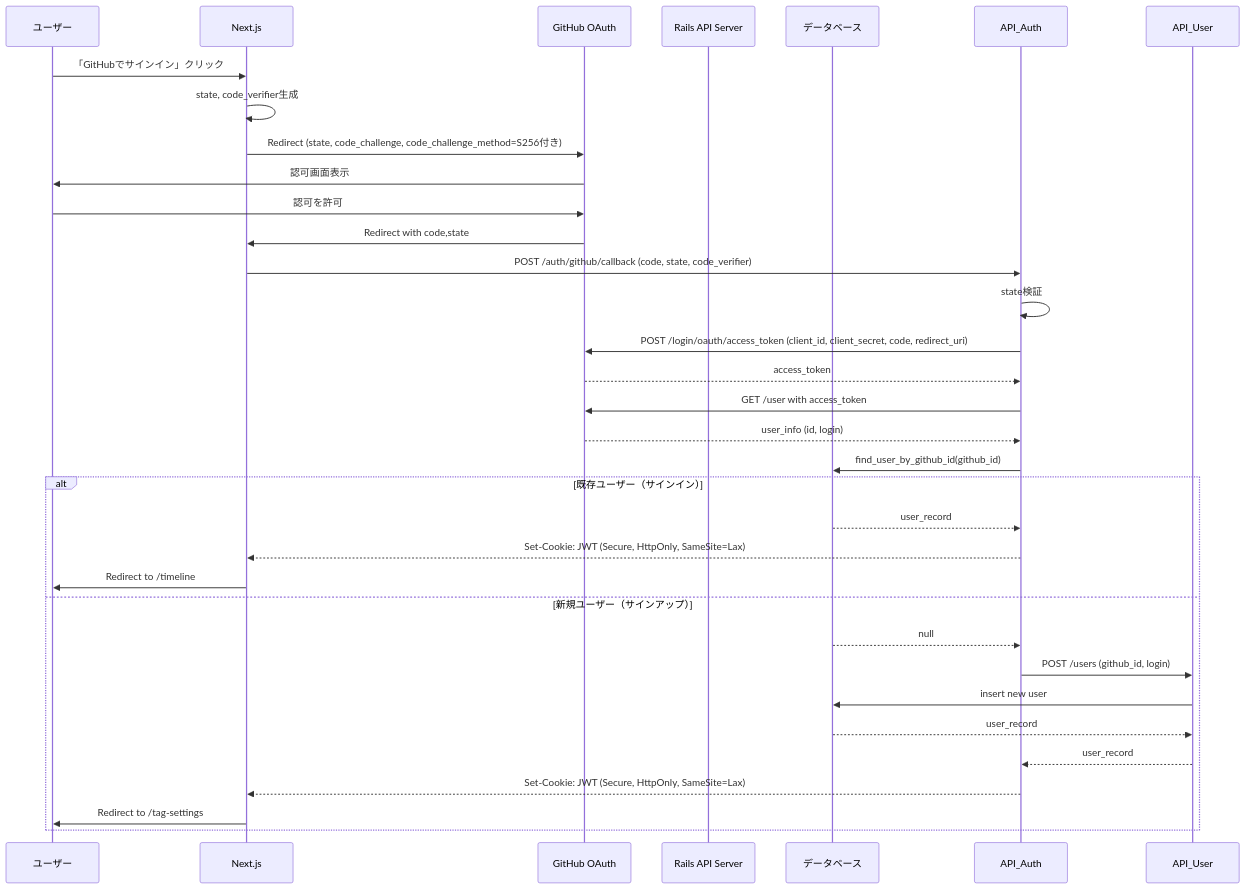
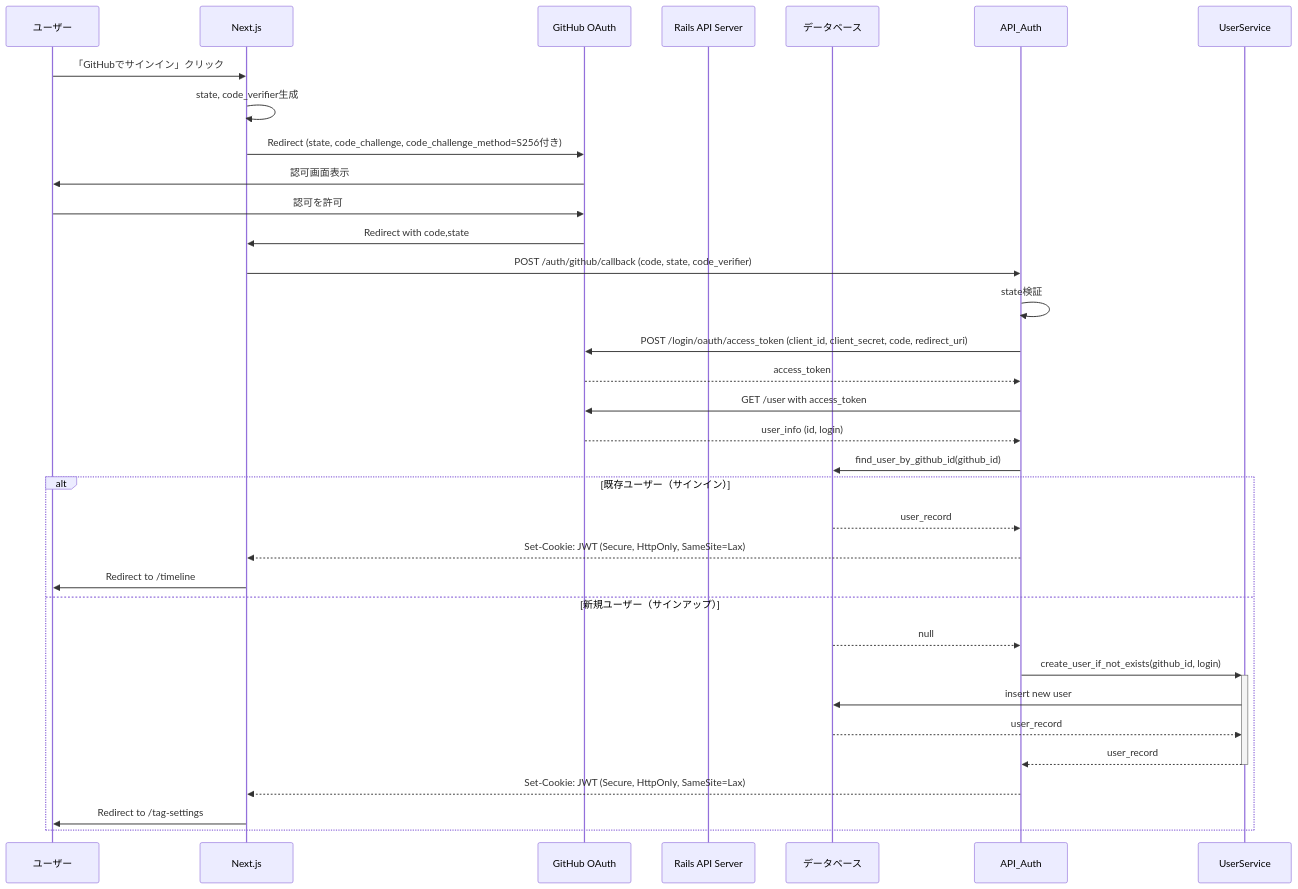
The diagram in signin-sequence.md (tsukuneA1/git-feed), drawn with Mermaid before and after one commit.

Commit message:
fix:内部処理を明記

````diff
--- a/signin-sequence.md
+++ b/signin-sequence.md
@@ -1,35 +1,35 @@
 ```mermaid
 sequenceDiagram
     participant User as ユーザー
     participant Frontend as Next.js
     participant GitHub as GitHub OAuth
     participant API as Rails API Server
     participant DB as データベース
 
     User ->> Frontend: 「GitHubでサインイン」クリック
     Frontend ->> Frontend: state, code_verifier生成
     Frontend ->> GitHub: Redirect (state, code_challenge, code_challenge_method=S256付き)
     GitHub ->> User: 認可画面表示
     User ->> GitHub: 認可を許可
     GitHub ->> Frontend: Redirect with code,state
     Frontend ->> API_Auth: POST /auth/github/callback (code, state, code_verifier)
     API_Auth ->> API_Auth: state検証
     API_Auth ->> GitHub: POST /login/oauth/access_token (client_id, client_secret, code, redirect_uri)
     GitHub -->> API_Auth: access_token
     API_Auth ->> GitHub: GET /user with access_token
     GitHub -->> API_Auth: user_info (id, login)
     API_Auth ->> DB: find_user_by_github_id(github_id)
     alt 既存ユーザー（サインイン）
         DB -->> API_Auth: user_record
         API_Auth -->> Frontend: Set-Cookie: JWT (Secure, HttpOnly, SameSite=Lax)
         Frontend ->> User: Redirect to /timeline
     else 新規ユーザー（サインアップ）
         DB -->> API_Auth: null
-        API_Auth ->> API_User: POST /users (github_id, login)
-        API_User ->> DB: insert new user
-        DB -->> API_User: user_record
-        API_User -->> API_Auth: user_record
+        API_Auth ->>+ UserService: create_user_if_not_exists(github_id, login)
+        UserService ->> DB: insert new user
+        DB -->> UserService: user_record
+        UserService -->>- API_Auth: user_record
         API_Auth -->> Frontend: Set-Cookie: JWT (Secure, HttpOnly, SameSite=Lax)
         Frontend ->> User: Redirect to /tag-settings
     end
 ```
````
